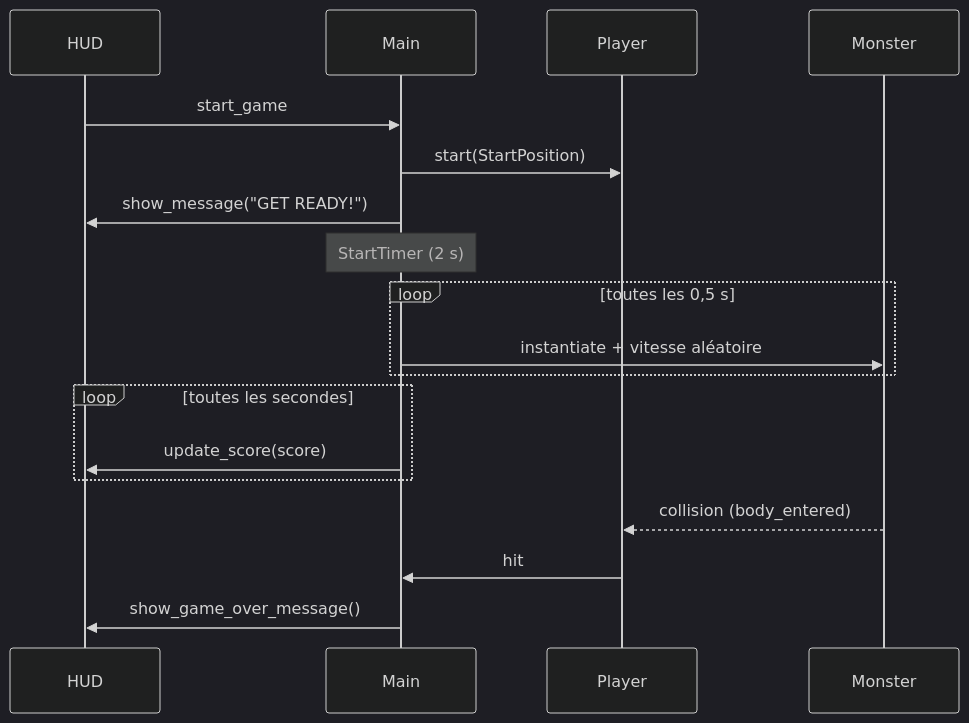
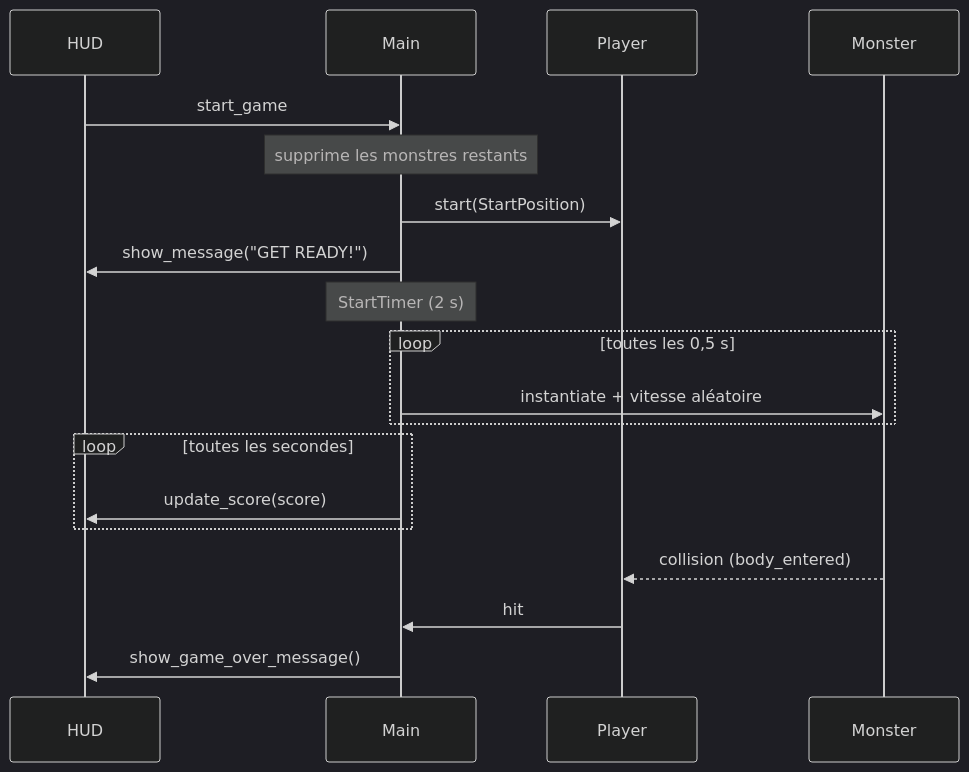
Before and after one commit to LucasLaurens/petit-jeu-tutorial: the diagram in README.md, drawn with Mermaid (dark theme). The commit also changed other lines of this file and 4 other files, not shown here.

````diff
--- a/README.md
+++ b/README.md
@@ -90,21 +91,22 @@
 ```mermaid
 sequenceDiagram
     participant HUD
     participant Main
     participant Player
     participant Monster
 
     HUD->>Main: start_game
+    Note over Main: supprime les monstres restants
     Main->>Player: start(StartPosition)
     Main->>HUD: show_message("GET READY!")
     Note over Main: StartTimer (2 s)
     loop toutes les 0,5 s
         Main->>Monster: instantiate + vitesse aléatoire
     end
     loop toutes les secondes
         Main->>HUD: update_score(score)
     end
     Monster-->>Player: collision (body_entered)
     Player->>Main: hit
     Main->>HUD: show_game_over_message()
 ```
````
